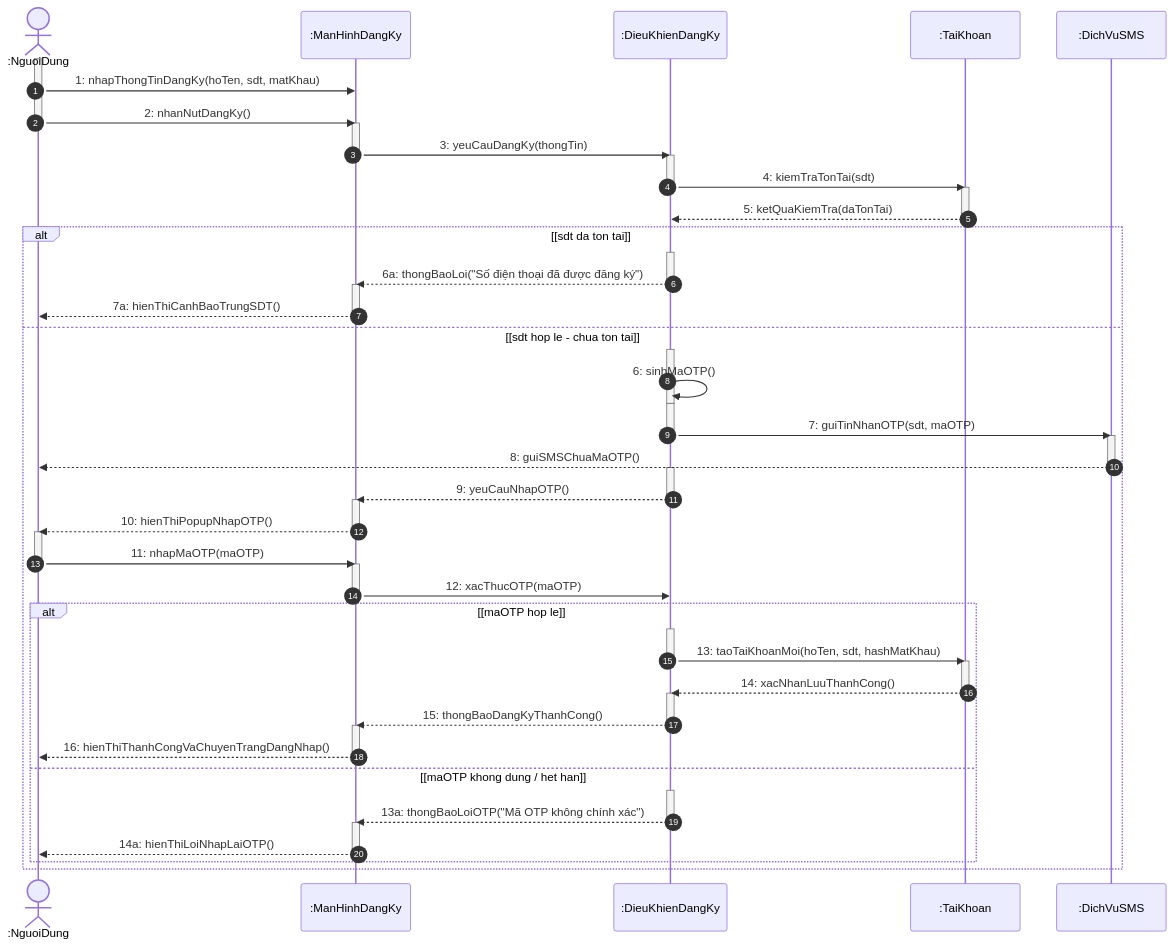
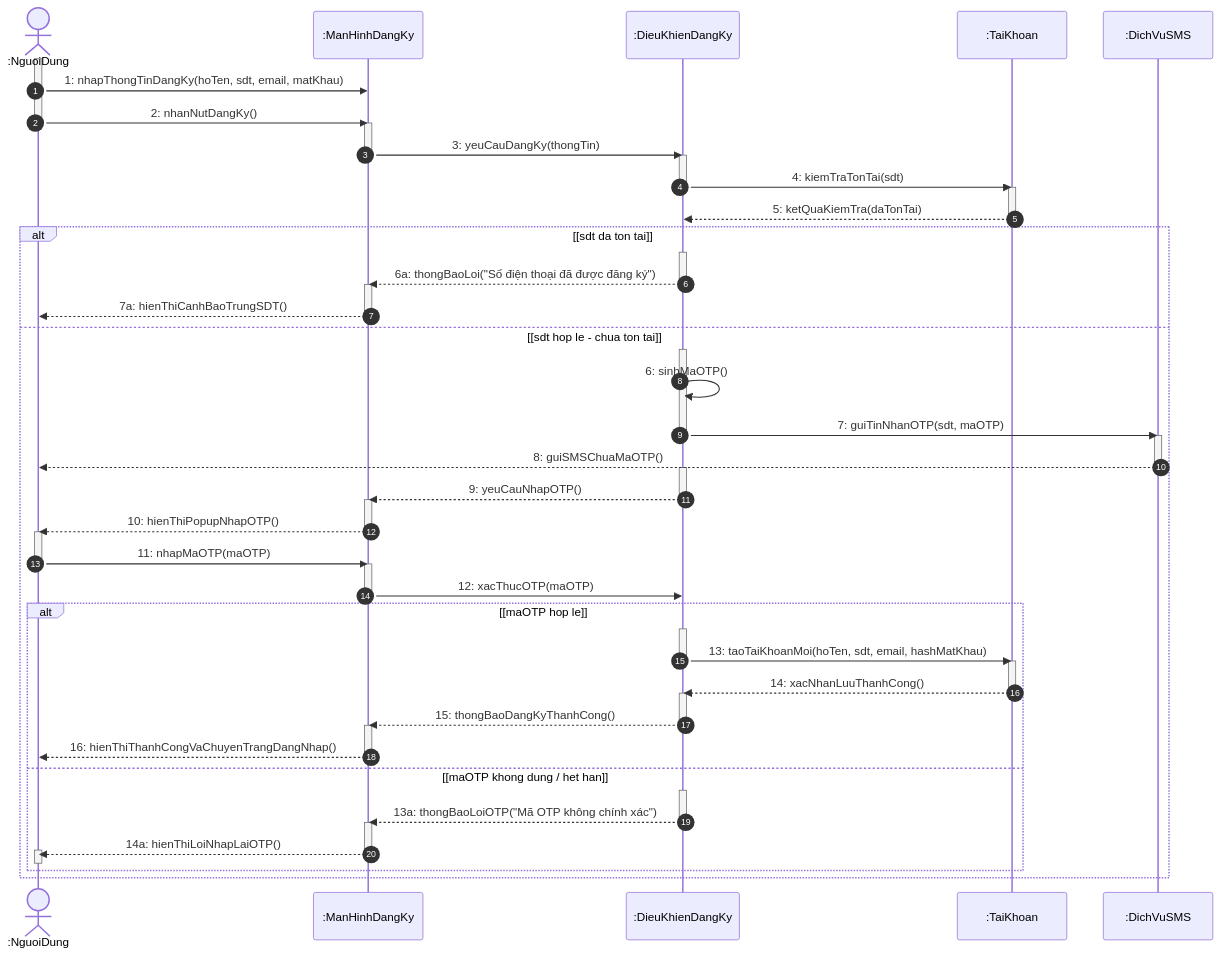
Before and after one commit to Longcodepro/Project_OOAD_HK1_2026-2027: the fifth of 20 diagrams in docs/sequence/Sequence_diagram.md, drawn with Mermaid. The commit also changed other lines of this file, not shown here.

Commit message:
Add 2.18 (UC18) in sequence diagram

````diff
--- a/docs/sequence/Sequence_diagram.md
+++ b/docs/sequence/Sequence_diagram.md
@@ -425,80 +418,78 @@
 ```mermaid
 sequenceDiagram
     autonumber
     actor ND as :NguoiDung
     participant MH_DK as :ManHinhDangKy
     participant DK_DK as :DieuKhienDangKy
     participant TK as :TaiKhoan
     participant SMS as :DichVuSMS
 
     activate ND
-    ND ->> MH_DK: 1: nhapThongTinDangKy(hoTen, sdt, matKhau)
-    deactivate ND
-    activate ND
+    ND ->> MH_DK: 1: nhapThongTinDangKy(hoTen, sdt, email, matKhau)
     ND ->> MH_DK: 2: nhanNutDangKy()
     deactivate ND
     activate MH_DK
     MH_DK ->> DK_DK: 3: yeuCauDangKy(thongTin)
     deactivate MH_DK
 
     activate DK_DK
     DK_DK ->> TK: 4: kiemTraTonTai(sdt)
     deactivate DK_DK
     activate TK
     TK -->> DK_DK: 5: ketQuaKiemTra(daTonTai)
     deactivate TK
 
     alt [sdt da ton tai]
         activate DK_DK
         DK_DK -->> MH_DK: 6a: thongBaoLoi("Số điện thoại đã được đăng ký")
         deactivate DK_DK
         activate MH_DK
         MH_DK -->> ND: 7a: hienThiCanhBaoTrungSDT()
         deactivate MH_DK
     else [sdt hop le - chua ton tai]
         activate DK_DK
         DK_DK ->> DK_DK: 6: sinhMaOTP()
-        deactivate DK_DK
-        activate DK_DK
         DK_DK ->> SMS: 7: guiTinNhanOTP(sdt, maOTP)
         deactivate DK_DK
         activate SMS
         SMS -->> ND: 8: guiSMSChuaMaOTP()
         deactivate SMS
         activate DK_DK
         DK_DK -->> MH_DK: 9: yeuCauNhapOTP()
         deactivate DK_DK
         activate MH_DK
         MH_DK -->> ND: 10: hienThiPopupNhapOTP()
         deactivate MH_DK
 
         activate ND
         ND ->> MH_DK: 11: nhapMaOTP(maOTP)
         deactivate ND
         activate MH_DK
         MH_DK ->> DK_DK: 12: xacThucOTP(maOTP)
         deactivate MH_DK
 
         alt [maOTP hop le]
             activate DK_DK
-            DK_DK ->> TK: 13: taoTaiKhoanMoi(hoTen, sdt, hashMatKhau)
+            DK_DK ->> TK: 13: taoTaiKhoanMoi(hoTen, sdt, email, hashMatKhau)
             deactivate DK_DK
             activate TK
             TK -->> DK_DK: 14: xacNhanLuuThanhCong()
             deactivate TK
             activate DK_DK
             DK_DK -->> MH_DK: 15: thongBaoDangKyThanhCong()
             deactivate DK_DK
             activate MH_DK
             MH_DK -->> ND: 16: hienThiThanhCongVaChuyenTrangDangNhap()
             deactivate MH_DK
         else [maOTP khong dung / het han]
             activate DK_DK
             DK_DK -->> MH_DK: 13a: thongBaoLoiOTP("Mã OTP không chính xác")
             deactivate DK_DK
             activate MH_DK
             MH_DK -->> ND: 14a: hienThiLoiNhapLaiOTP()
             deactivate MH_DK
+            activate ND
+            deactivate ND
         end
     end
 ```
````
